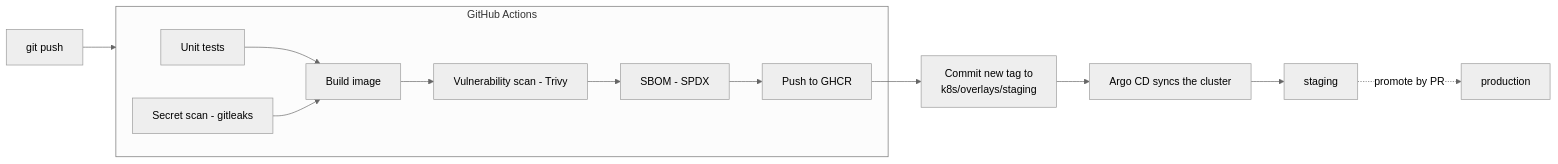
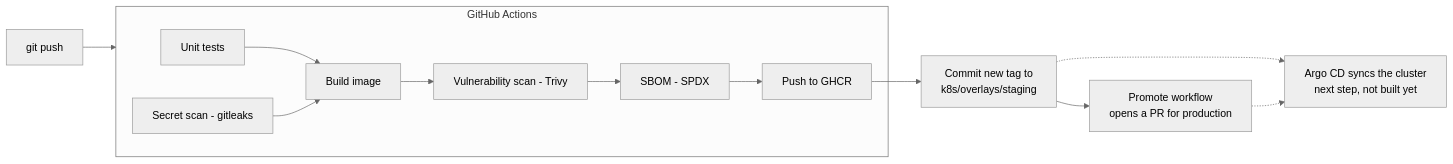
Before and after one commit to OsamaAlRantisi9/gitops-platform: the diagram in README.md, drawn with Mermaid (neutral theme). The commit also changed other lines of this file and 4 other files, not shown here.

First line of the commit message:
fix: pin production to a SHA tag and add the promote-to-production workflow

````diff
--- a/README.md
+++ b/README.md
@@ -13,17 +13,17 @@
 ```mermaid
 flowchart LR
     Dev[git push] --> CI
 
     subgraph CI [GitHub Actions]
         T[Unit tests] --> B[Build image]
         S[Secret scan - gitleaks] --> B
         B --> V[Vulnerability scan - Trivy]
         V --> SB[SBOM - SPDX]
         SB --> P[Push to GHCR]
     end
 
     P --> G[Commit new tag to<br/>k8s/overlays/staging]
-    G --> A[Argo CD syncs the cluster]
-    A --> ST[staging]
-    ST -. promote by PR .-> PR[production]
+    G --> PW[Promote workflow<br/>opens a PR for production]
+    G -.-> A[Argo CD syncs the cluster<br/>next step, not built yet]
+    PW -.-> A
 ```
````
